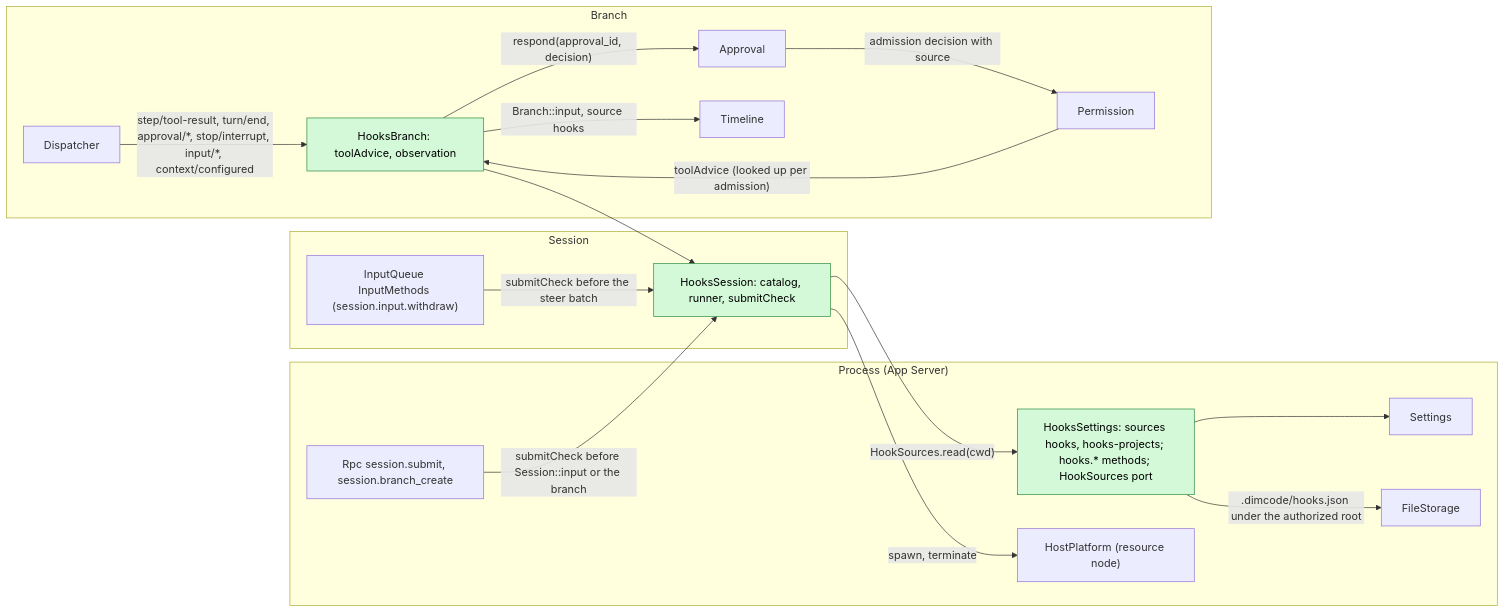
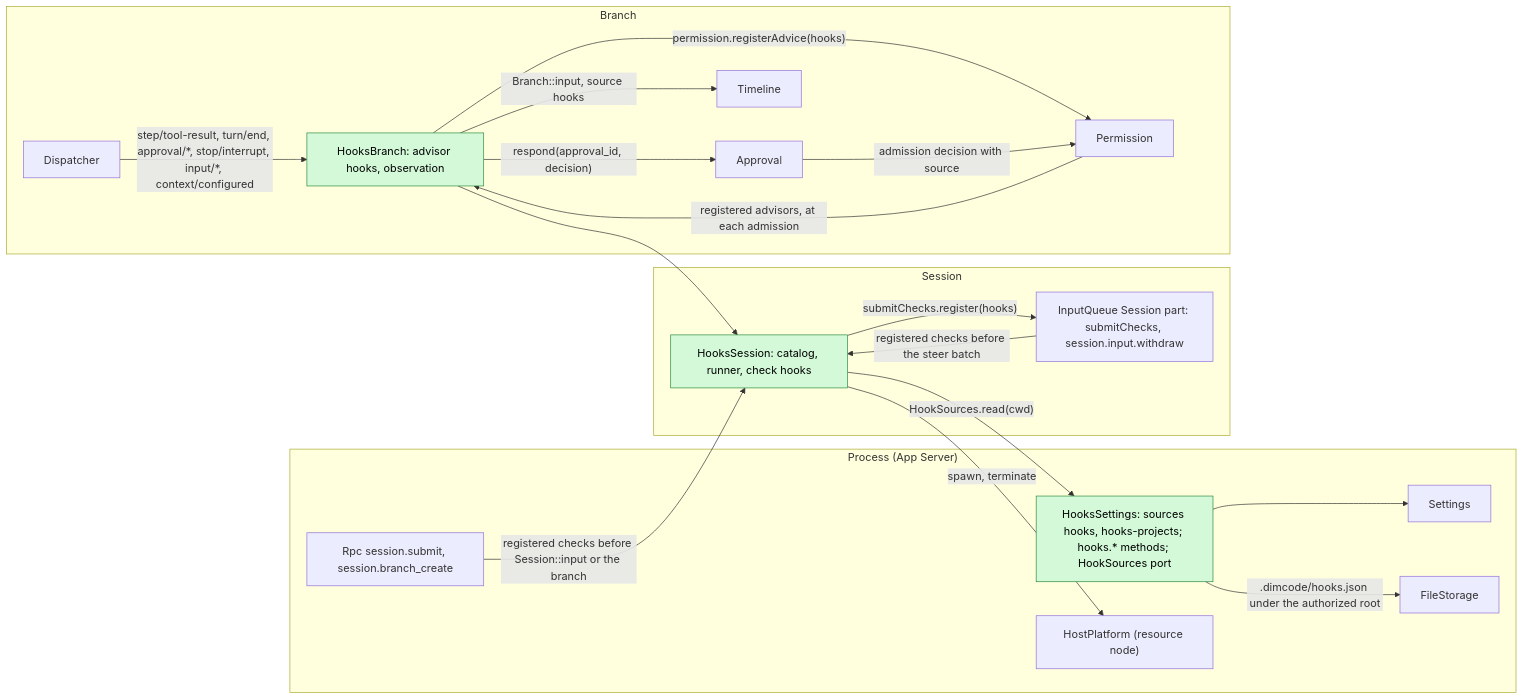
Before and after one commit to CoutinhoTTS/dim-agent: the first of 6 diagrams in docs/design/plugins/Hooks.md, drawn with Mermaid. The commit also changed other lines of this file and 11 other files, not shown here.

First line of the commit message:
Contributions to Permission and the input entries register with their owner (P6)

````diff
--- a/docs/design/plugins/Hooks.md
+++ b/docs/design/plugins/Hooks.md
@@ -38,34 +38,36 @@
 ```mermaid
 flowchart LR
   subgraph PROC["Process (App Server)"]
     HSet["HooksSettings: sources hooks, hooks-projects; hooks.* methods; HookSources port"]:::new
     Settings["Settings"]
     FS["FileStorage"]
     Rpc["Rpc session.submit, session.branch_create"]
     HP["HostPlatform (resource node)"]
   end
   subgraph SESS["Session"]
-    HS["HooksSession: catalog, runner, submitCheck"]:::new
-    IM["InputQueue InputMethods (session.input.withdraw)"]
+    HS["HooksSession: catalog, runner, check hooks"]:::new
+    IM["InputQueue Session part: submitChecks, session.input.withdraw"]
   end
   subgraph BR["Branch"]
-    HB["HooksBranch: toolAdvice, observation"]:::new
+    HB["HooksBranch: advisor hooks, observation"]:::new
     AP["Approval"]
     PM["Permission"]
     TL["Timeline"]
     DP["Dispatcher"]
   end
   HSet --> Settings
   HSet -->|".dimcode/hooks.json under the authorized root"| FS
   HS -->|"HookSources.read(cwd)"| HSet
   HS -->|"spawn, terminate"| HP
-  Rpc -->|"submitCheck before Session::input or the branch"| HS
-  IM -->|"submitCheck before the steer batch"| HS
+  HS -->|"submitChecks.register(hooks)"| IM
+  Rpc -->|"registered checks before Session::input or the branch"| HS
+  IM -->|"registered checks before the steer batch"| HS
   HB --> HS
+  HB -->|"permission.registerAdvice(hooks)"| PM
   AP -->|"admission decision with source"| PM
-  PM -->|"toolAdvice (looked up per admission)"| HB
+  PM -->|"registered advisors, at each admission"| HB
   HB -->|"respond(approval_id, decision)"| AP
   HB -->|"Branch::input, source hooks"| TL
   DP -->|"step/tool-result, turn/end, approval/*, stop/interrupt, input/*, context/configured"| HB
   classDef new fill:#d3f9d8,stroke:#2b8a3e,color:#000
 ```
````
